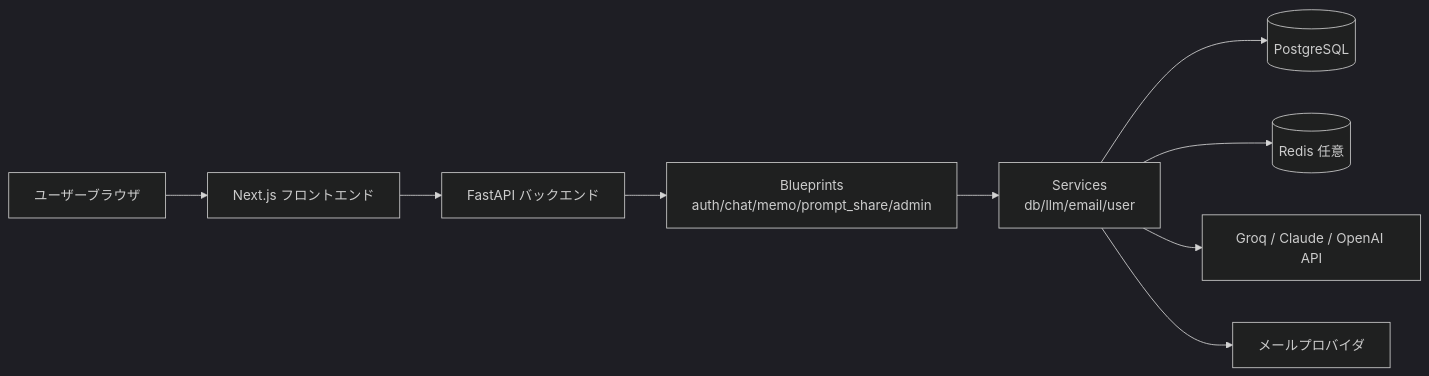
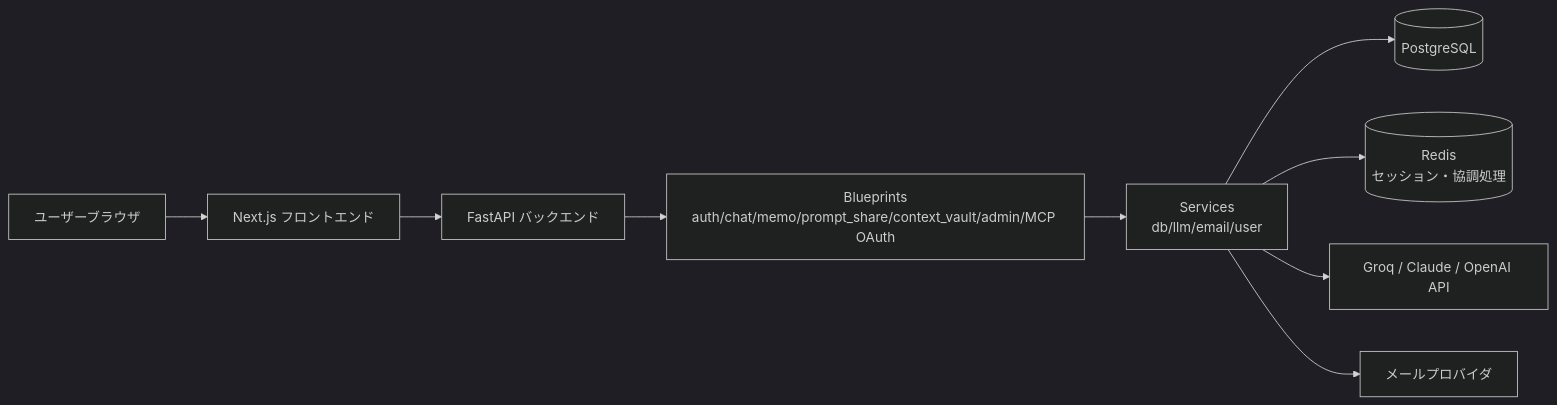
The second of 2 diagrams in README.md (kota-kawa/ChatCore-AI), drawn with Mermaid (dark theme) before and after one commit. The commit also changed other lines of this file and 16 other files, not shown here.

````diff
--- a/README.md
+++ b/README.md
@@ -334,19 +338,19 @@
 ```mermaid
 flowchart LR
     U[ユーザーブラウザ]
     FE[Next.js フロントエンド]
     API[FastAPI バックエンド]
-    BP[Blueprints<br/>auth/chat/memo/prompt_share/admin]
+    BP[Blueprints<br/>auth/chat/memo/prompt_share/context_vault/admin/MCP OAuth]
     SV[Services<br/>db/llm/email/user]
     DB[(PostgreSQL)]
-    RD[(Redis 任意)]
+    RD[(Redis<br/>セッション・協調処理)]
     LLM[Groq / Claude / OpenAI API]
     EM[メールプロバイダ]
 
     U --> FE --> API
     API --> BP --> SV
     SV --> DB
     SV --> RD
     SV --> LLM
     SV --> EM
 ```
````
